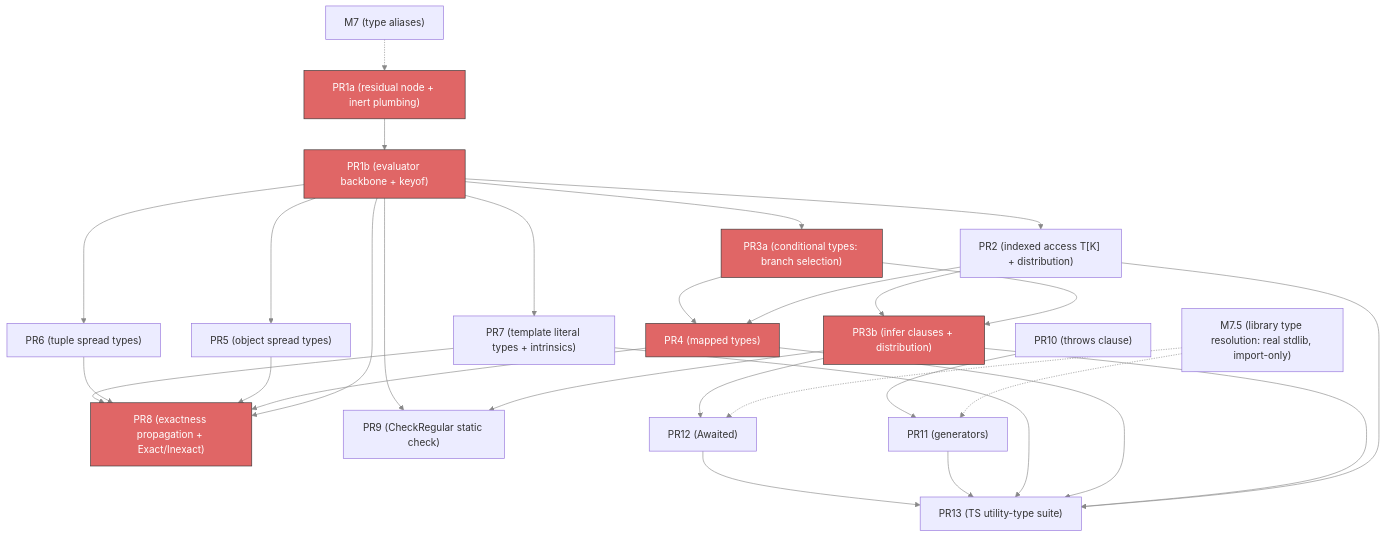
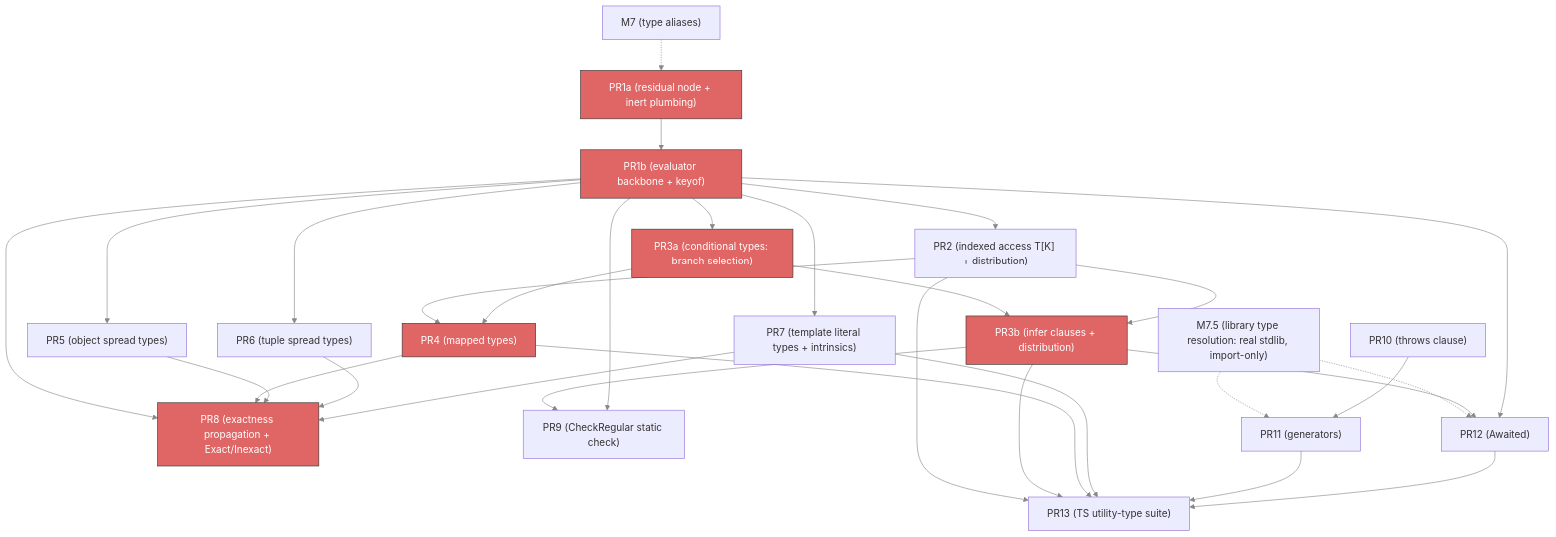
The diagram in planning/simple_sub/m9-implementation-plan.md (escalier-lang/escalier), drawn with Mermaid before and after one commit. The commit also changed 2 other files, not shown here.

Commit message:
Fix cross-doc consistency in the M7/M9 planning docs
Link the M9 milestone section to m9-implementation-plan.md, matching how M7 and
M1-M6 reference their plans. Correct the M7 plan's ASCII dependency graph so PR4
(lifetimes) hangs off PR1 rather than being mis-nested under PR2, matching its
stated dependency and the mermaid. Add the missing PR1b to PR12 edge in the M9
mermaid so Awaited's direct dependency on the evaluator's recursion termination
is drawn the same way PR9's is.

Claude-Session: https://claude.ai/code/session_01Q3G5oTzMru299M6R1Xnctj

````diff
--- a/planning/simple_sub/m9-implementation-plan.md
+++ b/planning/simple_sub/m9-implementation-plan.md
@@ -526,58 +526,59 @@
 ```mermaid
 graph TD
     M7["M7 (type aliases)"]
     M75["M7.5 (library type resolution: real stdlib, import-only)"]
     PR1a["PR1a (residual node + inert plumbing)"]
     PR1b["PR1b (evaluator backbone + keyof)"]
     PR2["PR2 (indexed access T[K] + distribution)"]
     PR3a["PR3a (conditional types: branch selection)"]
     PR3b["PR3b (infer clauses + distribution)"]
     PR4["PR4 (mapped types)"]
     PR5["PR5 (object spread types)"]
     PR6["PR6 (tuple spread types)"]
     PR7["PR7 (template literal types + intrinsics)"]
     PR8["PR8 (exactness propagation + Exact/Inexact)"]
     PR9["PR9 (CheckRegular static check)"]
     PR10["PR10 (throws clause)"]
     PR11["PR11 (generators)"]
     PR12["PR12 (Awaited<T>)"]
     PR13["PR13 (TS utility-type suite)"]
 
     M7 -.-> PR1a
     M75 -.-> PR11
     M75 -.-> PR12
 
     PR1a --> PR1b
     PR1b --> PR2
     PR1b --> PR3a
     PR1b --> PR5
     PR1b --> PR6
     PR1b --> PR7
     PR1b --> PR8
     PR3a --> PR3b
     PR2 --> PR3b
     PR2 --> PR4
     PR2 --> PR13
     PR3a --> PR4
     PR3b --> PR9
     PR1b --> PR9
     PR3b --> PR12
+    PR1b --> PR12
     PR3b --> PR13
     PR4 --> PR8
     PR4 --> PR13
     PR5 --> PR8
     PR6 --> PR8
     PR7 --> PR8
     PR7 --> PR13
     PR10 --> PR11
     PR11 --> PR13
     PR12 --> PR13
 
     linkStyle default stroke:#888
     style PR1a fill:#e06666,stroke:#333,color:#fff
     style PR1b fill:#e06666,stroke:#333,color:#fff
     style PR3a fill:#e06666,stroke:#333,color:#fff
     style PR3b fill:#e06666,stroke:#333,color:#fff
     style PR4 fill:#e06666,stroke:#333,color:#fff
     style PR8 fill:#e06666,stroke:#333,color:#fff
 ```
````
